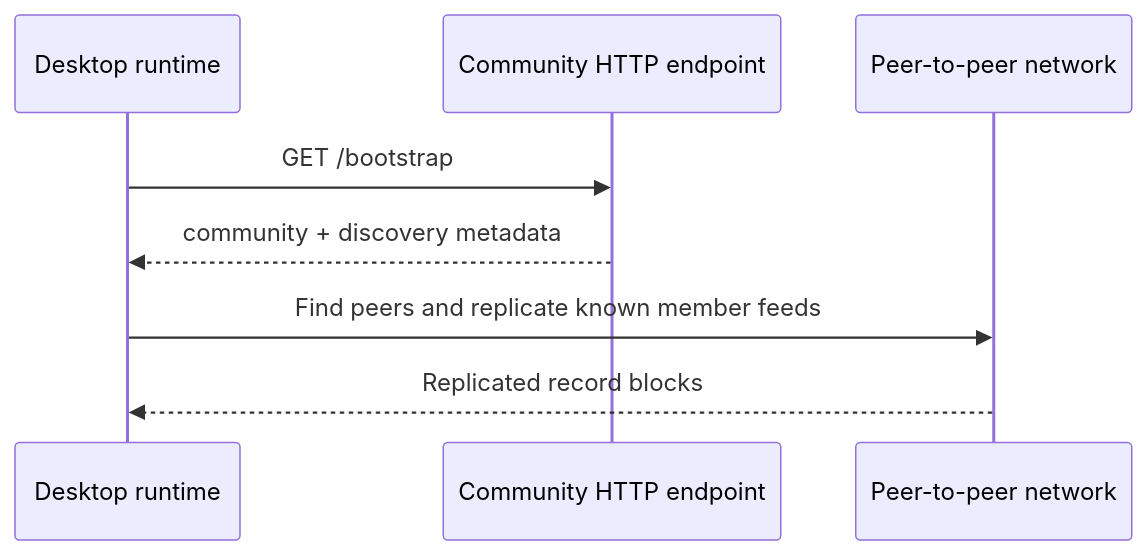
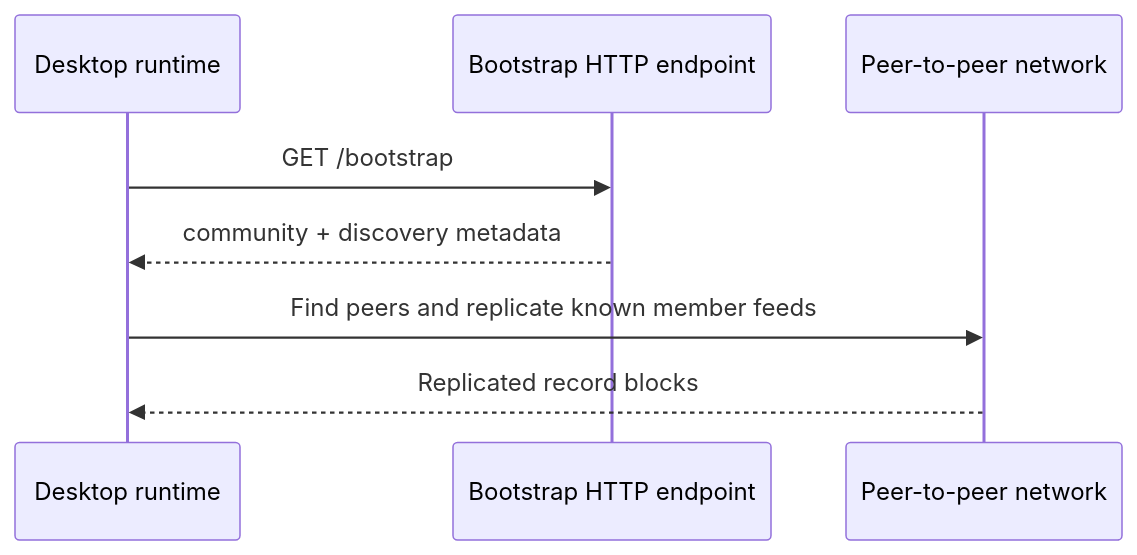
One commit to matthewlovestocode/peer-hours changed the diagram in docs/education/11-bootstrap-endpoint.md. Above: the diagram before and after it, drawn with Mermaid. The commit also changed other lines of this file and 34 other files, not shown here.

````diff
--- a/docs/education/11-bootstrap-endpoint.md
+++ b/docs/education/11-bootstrap-endpoint.md
@@ -13,10 +13,10 @@
 ```mermaid
 sequenceDiagram
   participant D as Desktop runtime
-  participant H as Community HTTP endpoint
+  participant H as Bootstrap HTTP endpoint
   participant P as Peer-to-peer network
   D->>H: GET /bootstrap
   H-->>D: community + discovery metadata
   D->>P: Find peers and replicate known member feeds
   P-->>D: Replicated record blocks
 ```
````
